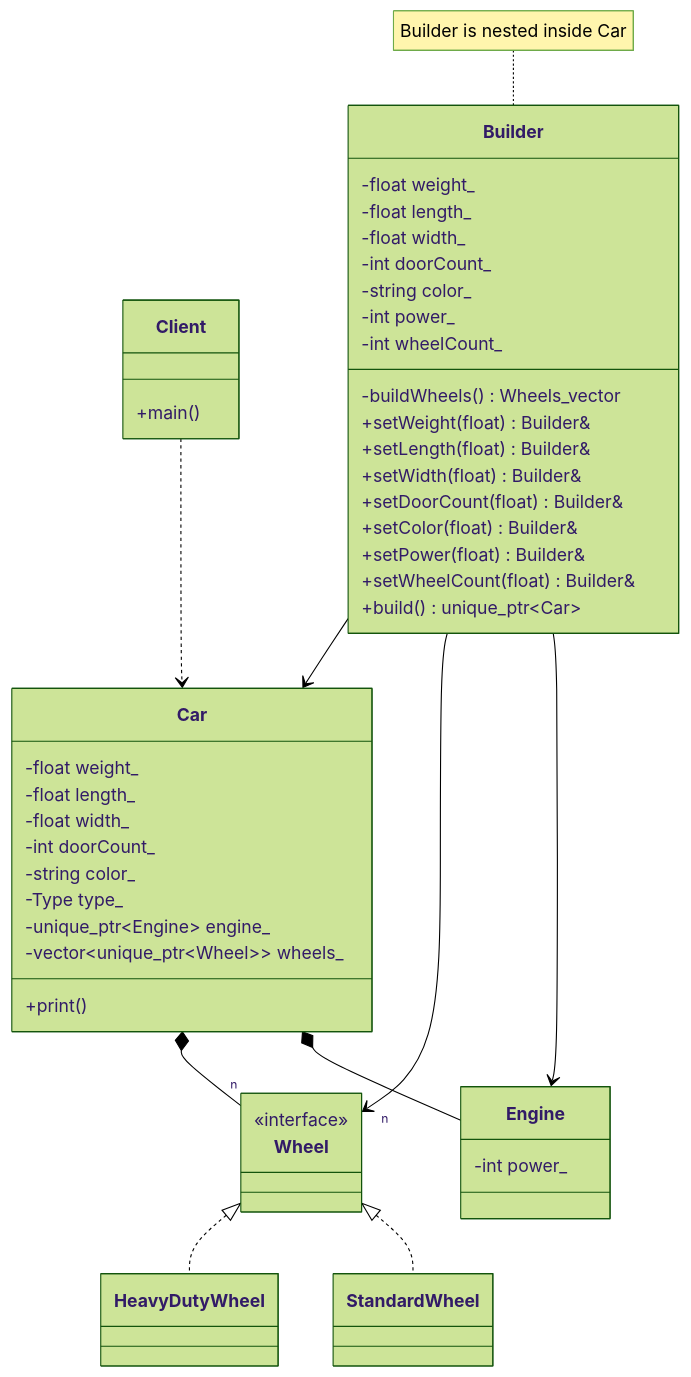
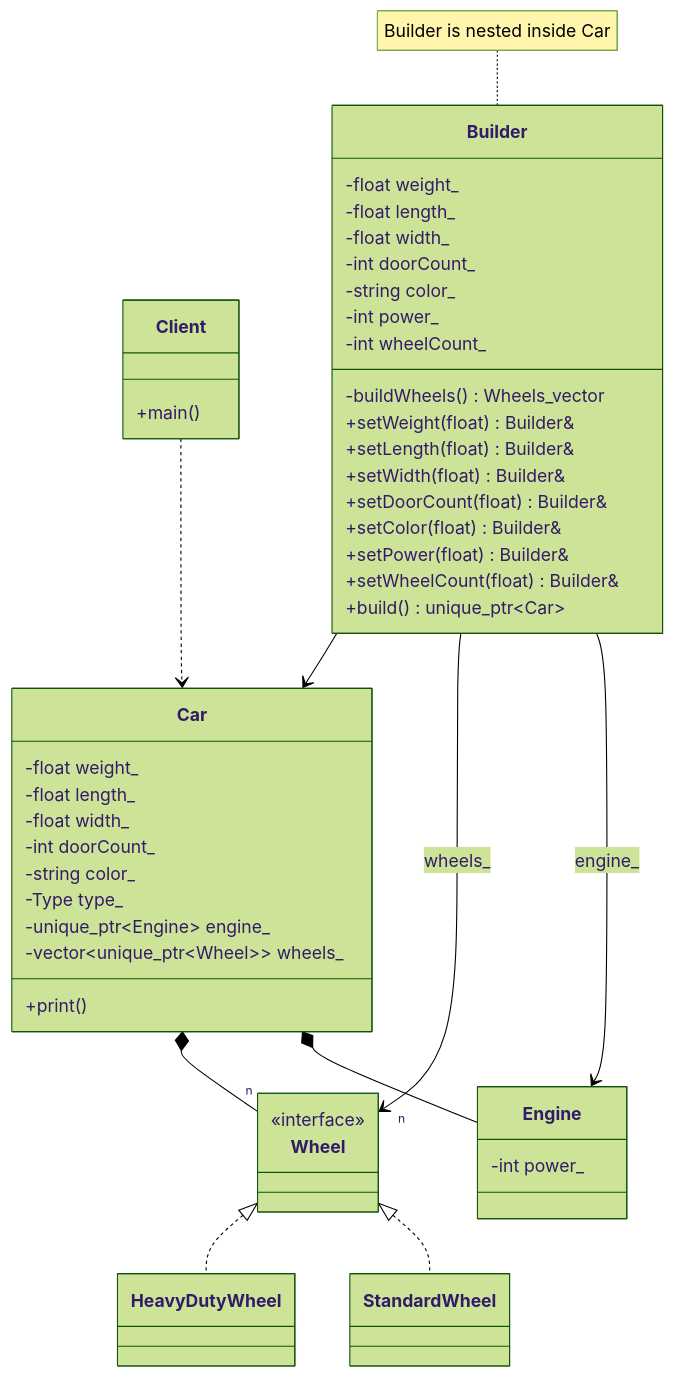
Before and after one commit to Cichlidfishexigency721/Modern-CPP-Design-Patterns: the diagram in 01_Builder/Dynamic_example/diagram.md, drawn with Mermaid (forest theme).

Commit message:
UML improvement

````diff
--- a/01_Builder/Dynamic_example/diagram.md
+++ b/01_Builder/Dynamic_example/diagram.md
@@ -3,57 +3,57 @@
 ```mermaid
 classDiagram
    class Client { +main() }
 
    class Engine { -int power_ }
    class Wheel { <<interface>> }
    class StandardWheel
    class HeavyDutyWheel
    
    class Car {
       -float weight_
       -float length_
       -float width_
       -int doorCount_
       -string color_
       -Type type_
       -unique_ptr~Engine~ engine_
       -vector~unique_ptr~Wheel~~ wheels_
 
       +print()
    }
 
    class Builder {
       -float weight_
       -float length_
       -float width_
       -int doorCount_
       -string color_
       -int power_
       -int wheelCount_
 
       -buildWheels() Wheels_vector
       +setWeight(float) Builder&
       +setLength(float) Builder&
       +setWidth(float) Builder&
       +setDoorCount(float) Builder&
       +setColor(float) Builder&
       +setPower(float) Builder&
       +setWheelCount(float) Builder&
       +build() unique_ptr~Car~
    }
 
    Wheel <|.. StandardWheel
    Wheel <|.. HeavyDutyWheel
    
    %% Relations
    Car *-- Engine
    Car *-- "n" Wheel
    
-   Builder --> Engine
-   Builder --> "n" Wheel
+   Builder --> Engine : engine_
+   Builder --> "n" Wheel : wheels_
    Builder --> Car
 
    note for Builder "Builder is nested inside Car"
 
    Client ..> Car
 ```
````
